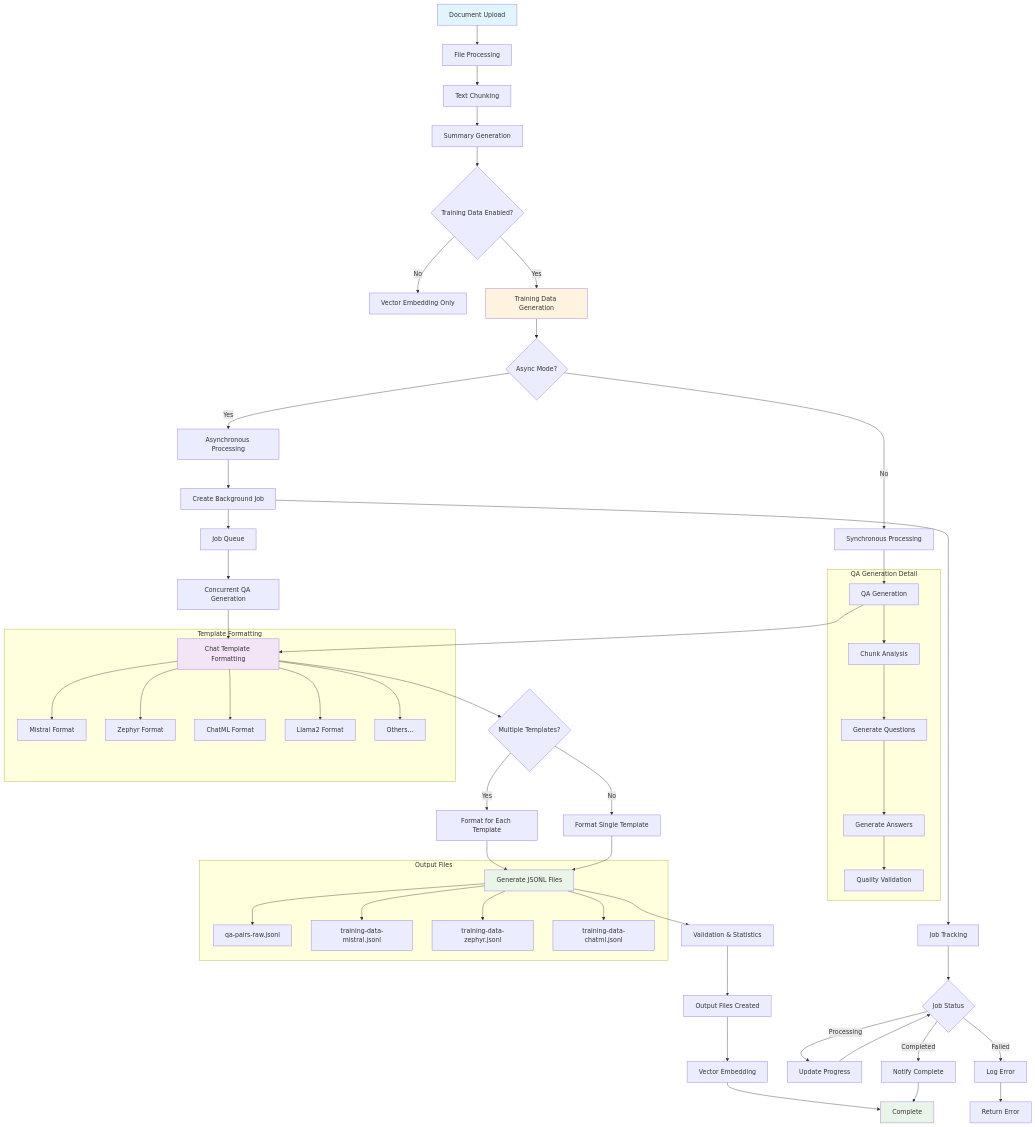
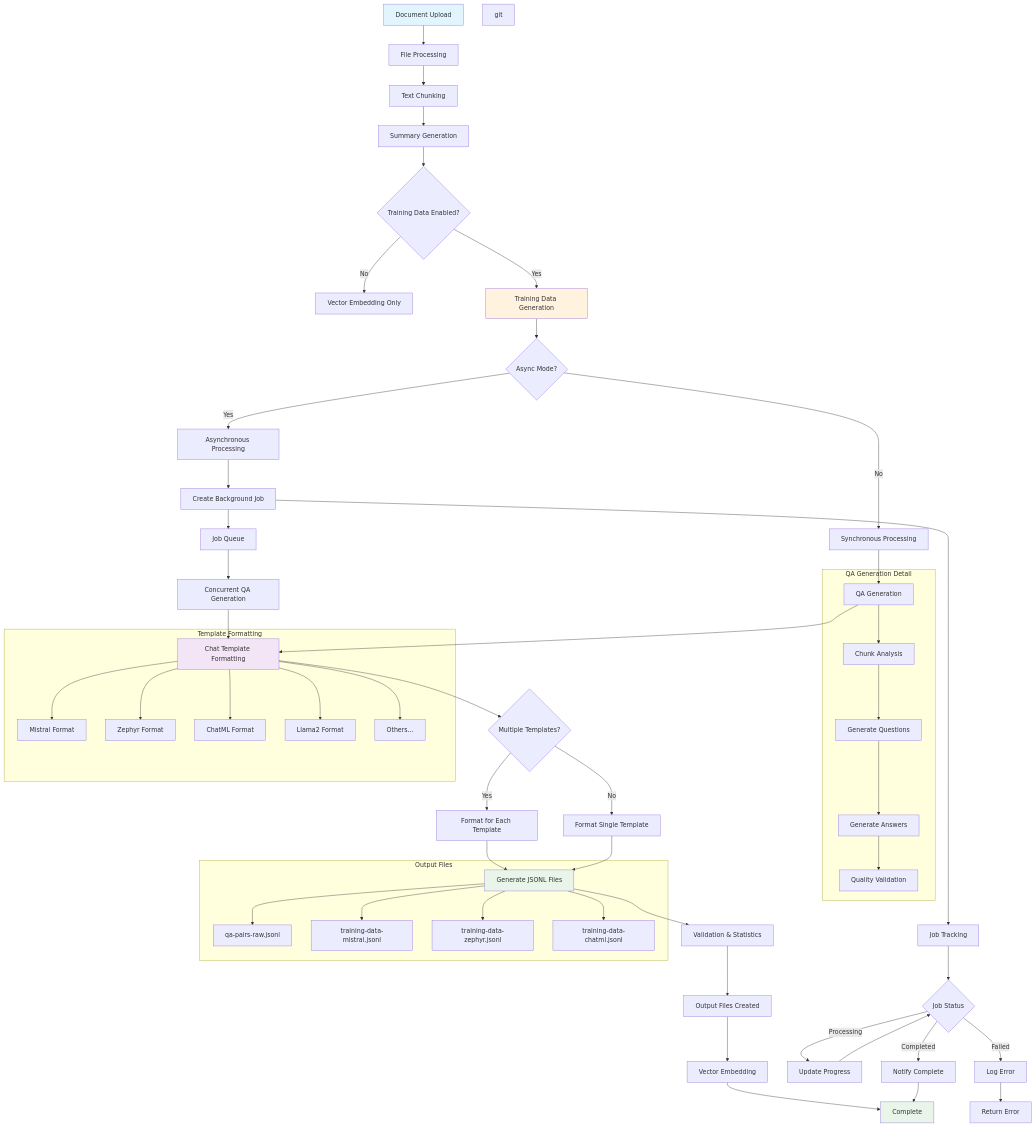
Before and after one commit to progwise/george-ai: the first of 5 diagrams in packages/langchain-chat/src/DATA-PREP-README.md, drawn with Mermaid. The commit also changed 1 other file, not shown here.

Commit message:
Docment QA pairs are generated

````diff
--- a/packages/langchain-chat/src/DATA-PREP-README.md
+++ b/packages/langchain-chat/src/DATA-PREP-README.md
@@ -21,73 +21,73 @@
 ```mermaid
 flowchart TD
     A[Document Upload] --> B[File Processing]
     B --> C[Text Chunking]
     C --> D[Summary Generation]
 
     D --> E{Training Data Enabled?}
     E -->|No| F[Vector Embedding Only]
     E -->|Yes| G[Training Data Generation]
-
+git
     G --> H{Async Mode?}
     H -->|No| I[Synchronous Processing]
     H -->|Yes| J[Asynchronous Processing]
 
     I --> K[QA Generation]
     J --> L[Create Background Job]
     L --> M[Job Queue]
     M --> N[Concurrent QA Generation]
 
     K --> O[Chat Template Formatting]
     N --> O
 
     O --> P{Multiple Templates?}
     P -->|Yes| Q[Format for Each Template]
     P -->|No| R[Format Single Template]
 
     Q --> S[Generate JSONL Files]
     R --> S
 
     S --> T[Validation & Statistics]
     T --> U[Output Files Created]
 
     U --> V[Vector Embedding]
     V --> W[Complete]
 
     L --> X[Job Tracking]
     X --> Y{Job Status}
     Y -->|Processing| Z[Update Progress]
     Y -->|Completed| AA[Notify Complete]
     Y -->|Failed| BB[Log Error]
 
     Z --> Y
     AA --> W
     BB --> CC[Return Error]
 
     subgraph "QA Generation Detail"
         K --> K1[Chunk Analysis]
         K1 --> K2[Generate Questions]
         K2 --> K3[Generate Answers]
         K3 --> K4[Quality Validation]
     end
 
     subgraph "Template Formatting"
         O --> O1[Mistral Format]
         O --> O2[Zephyr Format]
         O --> O3[ChatML Format]
         O --> O4[Llama2 Format]
         O --> O5[Others...]
     end
 
     subgraph "Output Files"
         S --> S1[qa-pairs-raw.jsonl]
         S --> S2[training-data-mistral.jsonl]
         S --> S3[training-data-zephyr.jsonl]
         S --> S4[training-data-chatml.jsonl]
     end
 
     style A fill:#e1f5fe
     style G fill:#fff3e0
     style O fill:#f3e5f5
     style S fill:#e8f5e8
     style W fill:#e8f5e8
 ```
````
